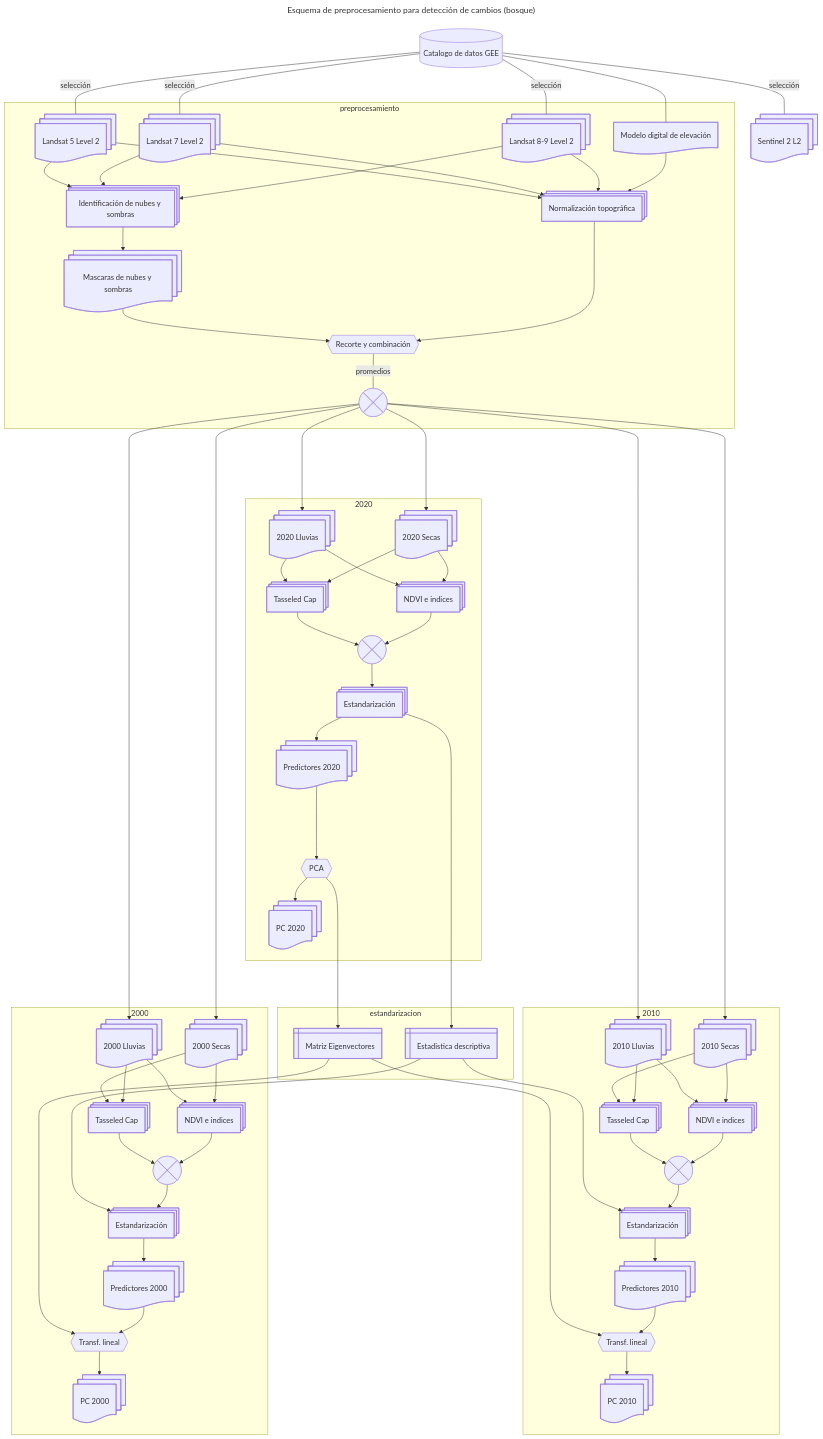
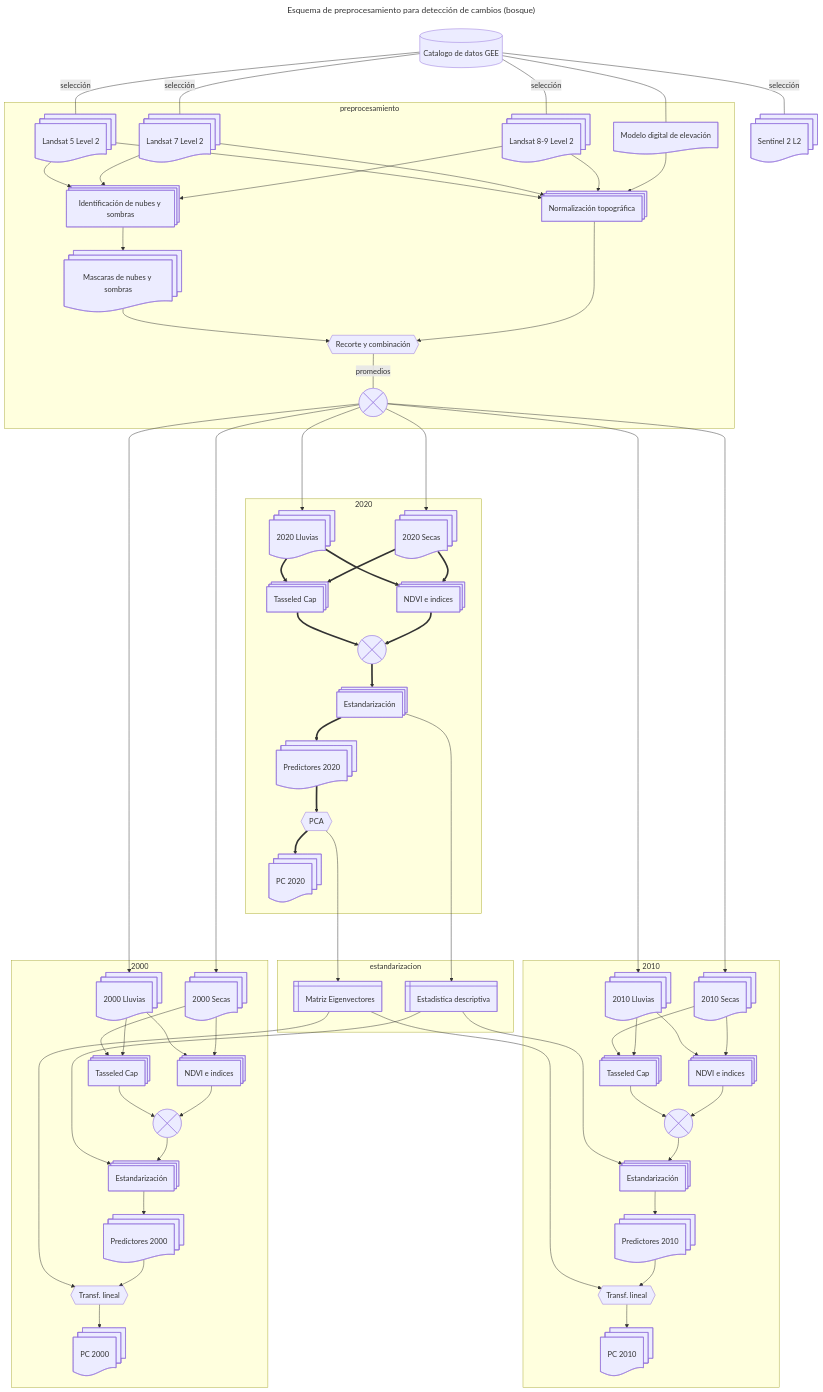
Before and after one commit to vshalisko/GEE: the diagram in ANPs/Esquema_preprocesamiento.mermaid, drawn with Mermaid.

```diff
--- a/ANPs/Esquema_preprocesamiento.mermaid
+++ b/ANPs/Esquema_preprocesamiento.mermaid
@@ -1,132 +1,132 @@
 ---
 title: Esquema de preprocesamiento para detección de cambios (bosque)
 ---
 flowchart TD
     gee1[(Catalogo de datos GEE)]
     Landsat8@{ shape: docs, label: Landsat 8-9 Level 2}
     Landsat7@{ shape: docs, label: Landsat 7 Level 2}
     Landsat5@{ shape: docs, label: Landsat 5 Level 2}
     Sentinel2@{ shape: docs, label: Sentinel 2 L2}
     MDE@{ shape: doc, label: Modelo digital de elevación}
     
     INS@{ shape: procs, label: "Identificación de nubes y sombras"}
     MNS@{ shape: docs, label: "Mascaras de nubes y sombras"}
     NT@{ shape: procs, label: "Normalización topográfica"}
     Combinacion1@{ shape: hex, label: "Recorte y combinación" }
     Combinacion2@{ shape: cross-circ, label: "Promedios de bandas" }
 
     BSecas2000@{ shape: docs, label: 2000 Secas}
     BLluvias2000@{ shape: docs, label: 2000 Lluvias}
     BSecas2010@{ shape: docs, label: 2010 Secas}
     BLluvias2010@{ shape: docs, label: 2010 Lluvias}
     BSecas2020@{ shape: docs, label: 2020 Secas}
     BLluvias2020@{ shape: docs, label: 2020 Lluvias}
 
     IndVeg2000@{ shape: procs, label: "NDVI e indices"}
     IndVeg2010@{ shape: procs, label: "NDVI e indices"}
     IndVeg2020@{ shape: procs, label: "NDVI e indices"}
     Tass2000@{ shape: procs, label: "Tasseled Cap"}
     Tass2010@{ shape: procs, label: "Tasseled Cap"}
     Tass2020@{ shape: procs, label: "Tasseled Cap"}
 
     Comb2000@{ shape: cross-circ, label: "Combinación" }
     Comb2010@{ shape: cross-circ, label: "Combinación" }
     Comb2020@{ shape: cross-circ, label: "Combinación" }
 
     Est2000@{ shape: procs, label: "Estandarización"}
     Est2010@{ shape: procs, label: "Estandarización"}
     Est2020@{ shape: procs, label: "Estandarización"}
 
     Capas2000@{ shape: docs, label: "Predictores 2000"}
     Capas2010@{ shape: docs, label: "Predictores 2010"}
     Capas2020@{ shape: docs, label: "Predictores 2020"}
 
     PCA2020@{ shape: hex, label: "PCA"}
     TL2000@{ shape: hex, label: "Transf. lineal"}
     TL2010@{ shape: hex, label: "Transf. lineal"}
 
     CapasPCA2000@{ shape: docs, label: "PC 2000"}
     CapasPCA2010@{ shape: docs, label: "PC 2010"}
     CapasPCA2020@{ shape: docs, label: "PC 2020"}
 
     Estadisticas@{ shape: win-pane, label: "Estadistica descriptiva" }
     Eigenvectors@{ shape: win-pane, label: "Matriz Eigenvectores" }
 
     gee1---|selección|Landsat8
     gee1---|selección|Landsat7
     gee1---|selección|Landsat5
     gee1---|selección|Sentinel2
     gee1---MDE
 
     subgraph preprocesamiento
         Landsat8-->INS
         Landsat7-->INS
         Landsat5-->INS
 
         MDE-->NT
         Landsat8-->NT
         Landsat7-->NT
         Landsat5-->NT
 
         INS-->MNS
         NT-->Combinacion1
         MNS-->Combinacion1
         Combinacion1---|promedios|Combinacion2
         
     end
 
     Combinacion2---->BSecas2000
     Combinacion2---->BLluvias2000
     Combinacion2---->BSecas2010
     Combinacion2---->BLluvias2010
     Combinacion2---->BSecas2020
     Combinacion2---->BLluvias2020
 
     subgraph 2000
         BSecas2000-->IndVeg2000
         BLluvias2000-->Tass2000
         BLluvias2000-->IndVeg2000
         BSecas2000-->Tass2000
         IndVeg2000-->Comb2000
         Tass2000-->Comb2000
         Comb2000-->Est2000
         Est2000-->Capas2000
         Capas2000-->TL2000
         TL2000-->CapasPCA2000
     end
 
     subgraph 2010
         BSecas2010-->IndVeg2010
         BLluvias2010-->Tass2010
         BLluvias2010-->IndVeg2010
         BSecas2010-->Tass2010
         IndVeg2010-->Comb2010
         Tass2010-->Comb2010
         Comb2010-->Est2010
         Est2010-->Capas2010
         Capas2010-->TL2010
         TL2010-->CapasPCA2010
     end
 
     subgraph 2020
-        BSecas2020-->IndVeg2020
-        BSecas2020-->Tass2020
-        BLluvias2020-->IndVeg2020
-        BLluvias2020-->Tass2020
-        IndVeg2020-->Comb2020
-        Tass2020-->Comb2020
-        Comb2020-->Est2020
-        Est2020-->Capas2020
-        Capas2020---->PCA2020
-        PCA2020-->CapasPCA2020
+        BSecas2020==>IndVeg2020
+        BSecas2020==>Tass2020
+        BLluvias2020==>IndVeg2020
+        BLluvias2020==>Tass2020
+        IndVeg2020==>Comb2020
+        Tass2020==>Comb2020
+        Comb2020==>Est2020
+        Est2020==>Capas2020
+        Capas2020==>PCA2020
+        PCA2020==>CapasPCA2020
     end
 
     subgraph estandarizacion
         Est2020---->Estadisticas
         Estadisticas---->Est2000
         Estadisticas---->Est2010
 
         PCA2020---->Eigenvectors
         Eigenvectors---->TL2000
         Eigenvectors---->TL2010
     end
```
